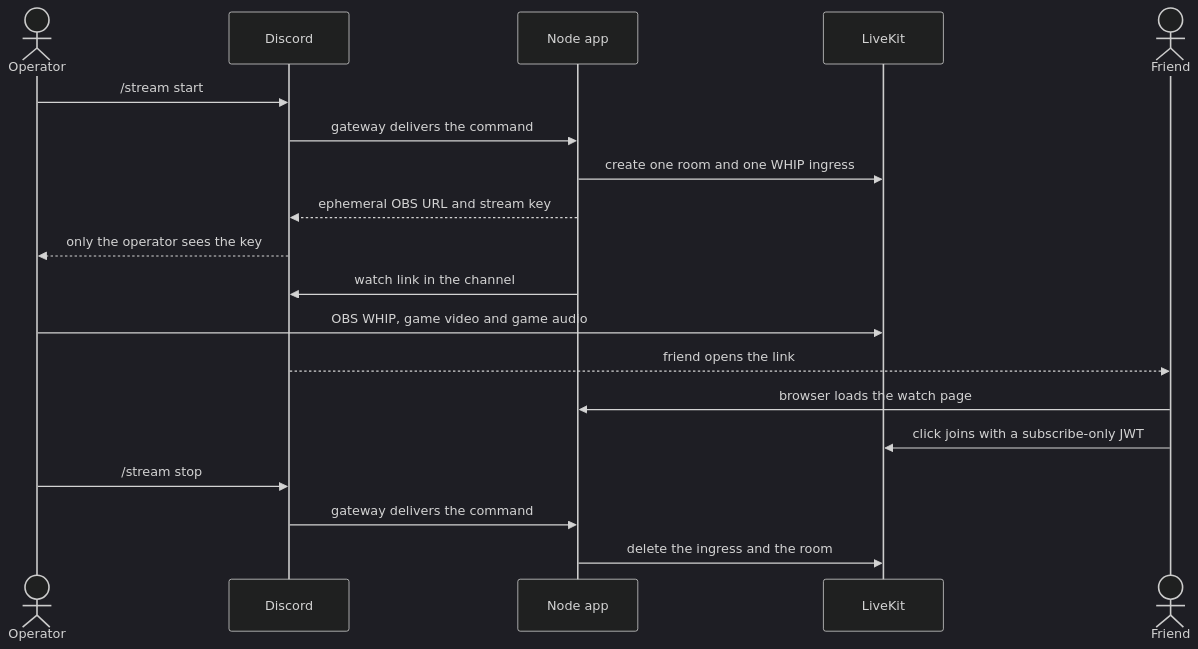
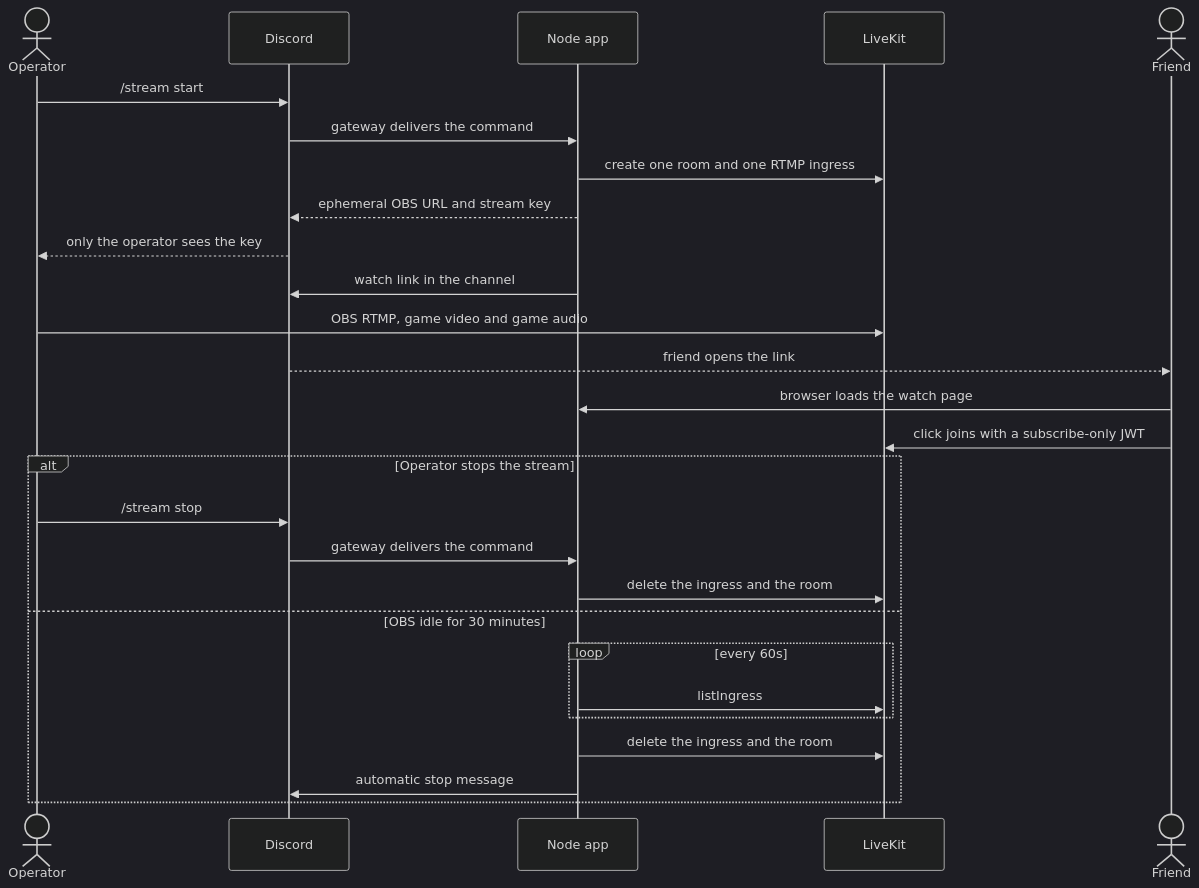
One commit to Dreyyyyy/discord-webrtc-bot changed the diagram in diagrams/session.md. Above: the diagram before and after it, drawn with Mermaid (dark theme). The commit also changed 7 other files, not shown here.

First line of the commit message:
feat: Implement automatic cleanup of LiveKit ingresses after a specified idle time, enhancing resource management. Update README and .env.example to reflect new configuration options and usage instructions.

````diff
--- a/diagrams/session.md
+++ b/diagrams/session.md
@@ -3,22 +3,30 @@
 ```mermaid
 sequenceDiagram
   actor Operator
   participant Discord
   participant Node as Node app
   participant LiveKit
   actor Friend
 
   Operator->>Discord: /stream start
   Discord->>Node: gateway delivers the command
-  Node->>LiveKit: create one room and one WHIP ingress
+  Node->>LiveKit: create one room and one RTMP ingress
   Node-->>Discord: ephemeral OBS URL and stream key
   Discord-->>Operator: only the operator sees the key
   Node->>Discord: watch link in the channel
-  Operator->>LiveKit: OBS WHIP, game video and game audio
+  Operator->>LiveKit: OBS RTMP, game video and game audio
   Discord-->>Friend: friend opens the link
   Friend->>Node: browser loads the watch page
   Friend->>LiveKit: click joins with a subscribe-only JWT
-  Operator->>Discord: /stream stop
-  Discord->>Node: gateway delivers the command
-  Node->>LiveKit: delete the ingress and the room
+  alt Operator stops the stream
+    Operator->>Discord: /stream stop
+    Discord->>Node: gateway delivers the command
+    Node->>LiveKit: delete the ingress and the room
+  else OBS idle for 30 minutes
+    loop every 60s
+      Node->>LiveKit: listIngress
+    end
+    Node->>LiveKit: delete the ingress and the room
+    Node->>Discord: automatic stop message
+  end
 ```
````
